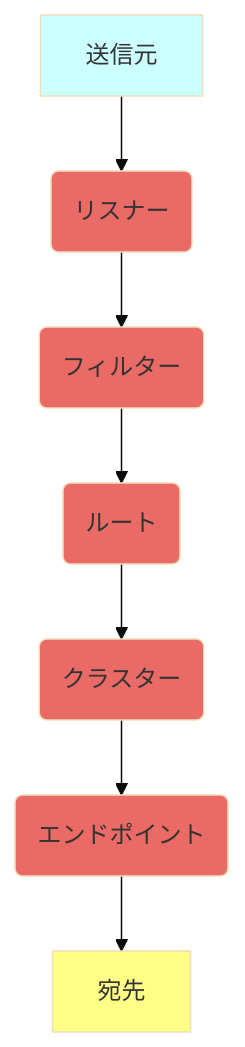
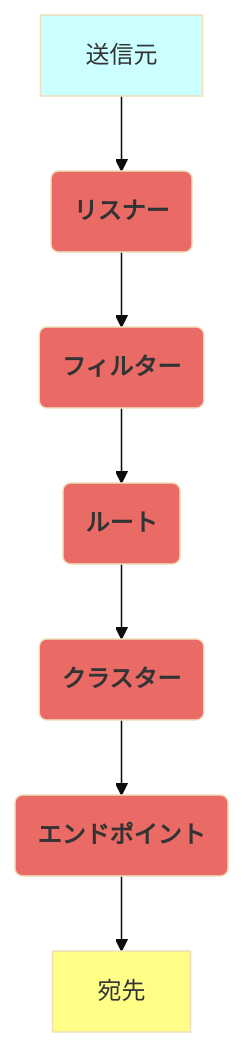
The fourth of 4 diagrams in dist/draft/【Istio⛵️】IstioによるEnvoyの抽象化.md (hiroki-it/hatenablog), drawn with Mermaid (base theme) before and after one commit. The commit also changed other lines of this file, not shown here.

Commit message:
update 記事を更新した。

````diff
--- a/dist/draft/【Istio⛵️】IstioによるEnvoyの抽象化.md
+++ b/dist/draft/【Istio⛵️】IstioによるEnvoyの抽象化.md
@@ -291,18 +291,18 @@
 ```mermaid
 flowchart TD
     送信元 --> リスナー
-    リスナー(<font weight=bold>リスナー) --> フィルター
-    フィルター(<font weight=bold>フィルター) --> ルート
-    ルート(<font weight=bold>ルート) --> クラスター
-    クラスター(<font weight=bold>クラスター) --> エンドポイント
-    エンドポイント(<font weight=bold>エンドポイント) --> 宛先
+    リスナー(リスナー) --> フィルター
+    フィルター(フィルター) --> ルート
+    ルート(ルート) --> クラスター
+    クラスター(クラスター) --> エンドポイント
+    エンドポイント(エンドポイント) --> 宛先
 
     classDef sly fill :#CCFFFF;
     class 送信元 sly
 
     classDef yellow fill :#FFFF88;
     class 宛先 yellow
 
-    classDef red fill :#EA6B66;
+    classDef red fill :#EA6B66, font-weight :bold
     class リスナー,フィルター,ルート,クラスター,エンドポイント red
 ```
````
